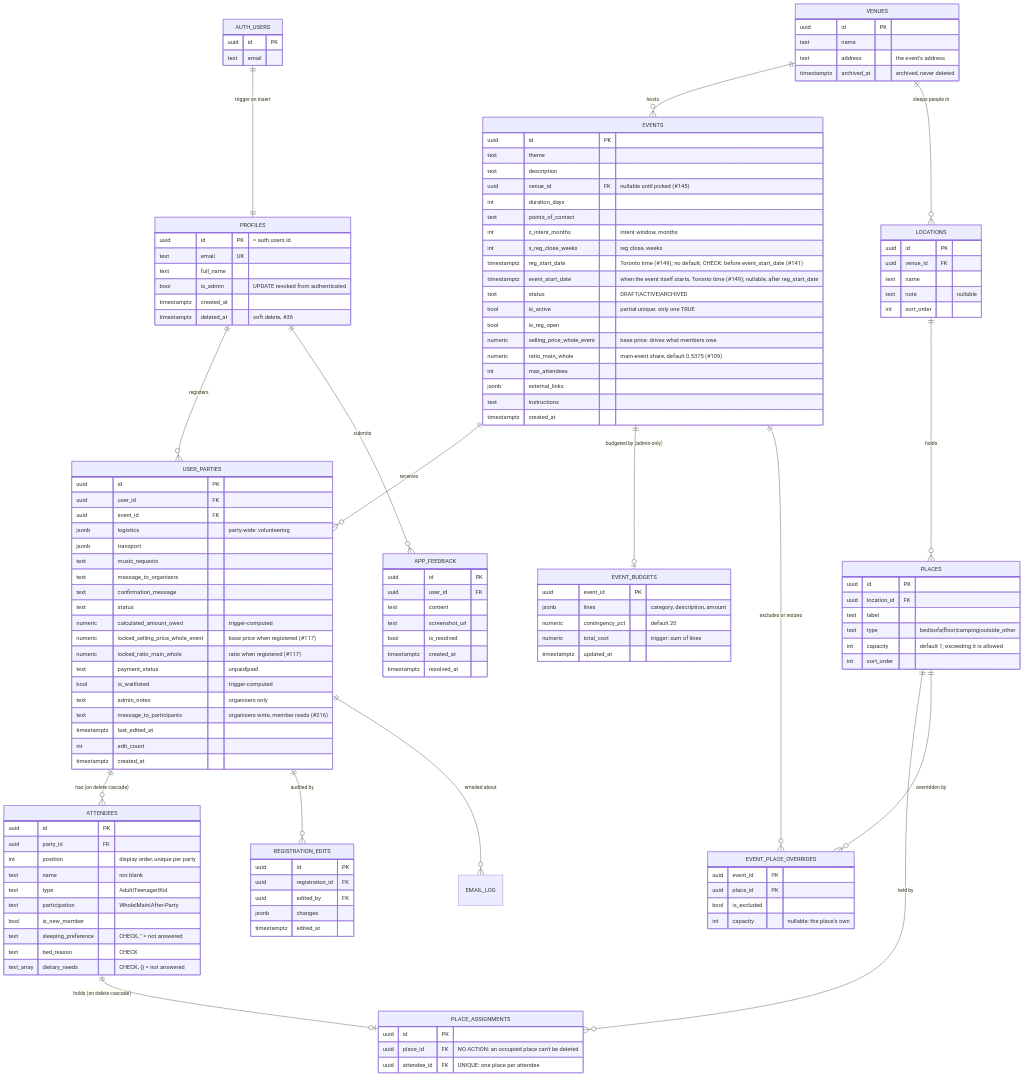
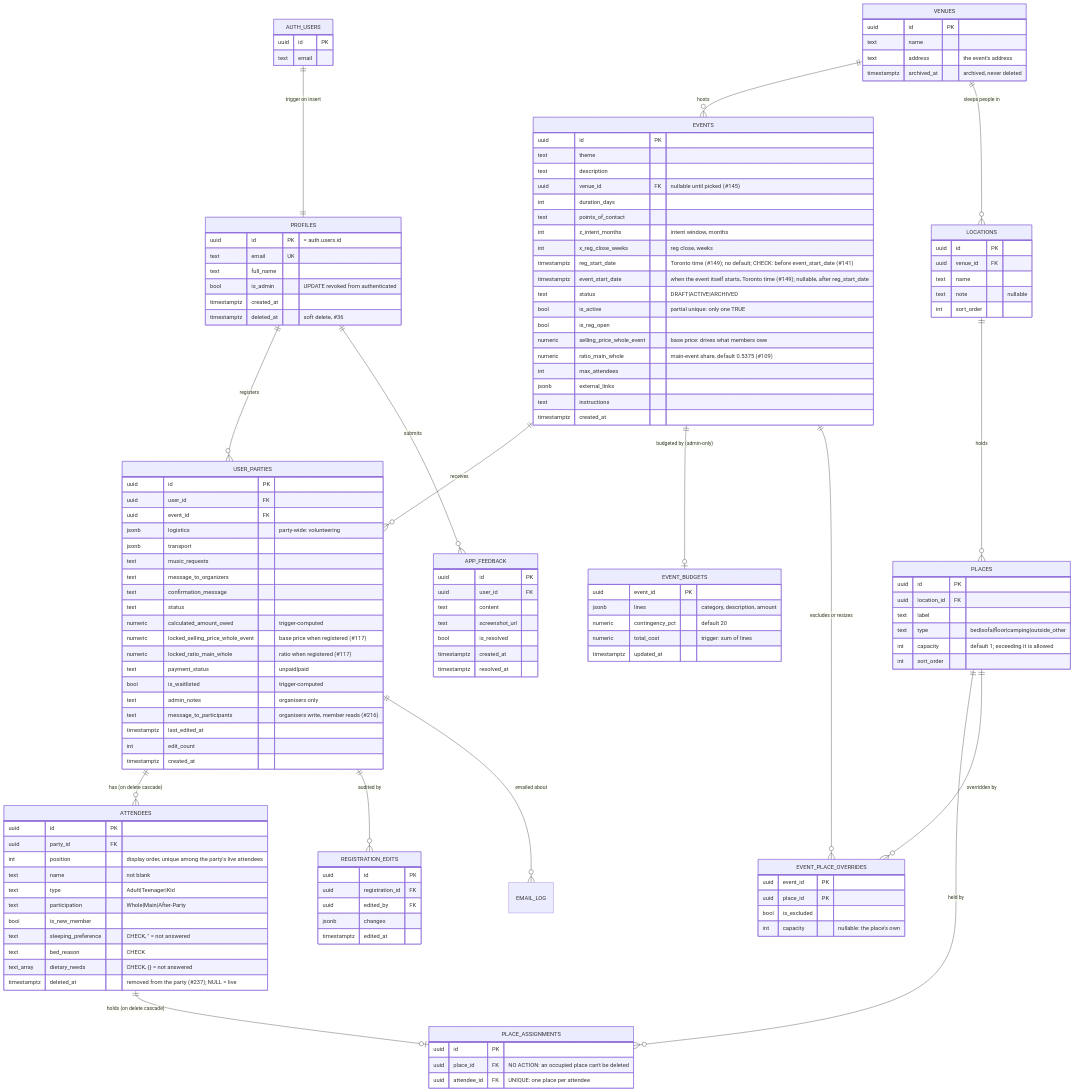
One commit to YULmix/yulmix-la-bedaine changed the first of 2 diagrams in docs/03-data-model.md. Above: the diagram before and after it, drawn with Mermaid. The commit also changed other lines of this file and 13 other files, not shown here.

First line of the commit message:
feat(db): soft-delete attendees (deleted_at), hidden from every reader (#237) (#246)

```diff
--- a/docs/03-data-model.md
+++ b/docs/03-data-model.md
@@ -89,7 +89,7 @@
   ATTENDEES {
     uuid id PK
     uuid party_id FK
-    int position "display order, unique per party"
+    int position "display order, unique among the party's live attendees"
     text name "not blank"
     text type "Adult|Teenager|Kid"
     text participation "Whole|Main|After-Party"
@@ -97,6 +97,7 @@
     text sleeping_preference "CHECK, '' = not answered"
     text bed_reason "CHECK"
     text_array dietary_needs "CHECK, {} = not answered"
+    timestamptz deleted_at "removed from the party (#237); NULL = live"
   }
   VENUES {
     uuid id PK
```
